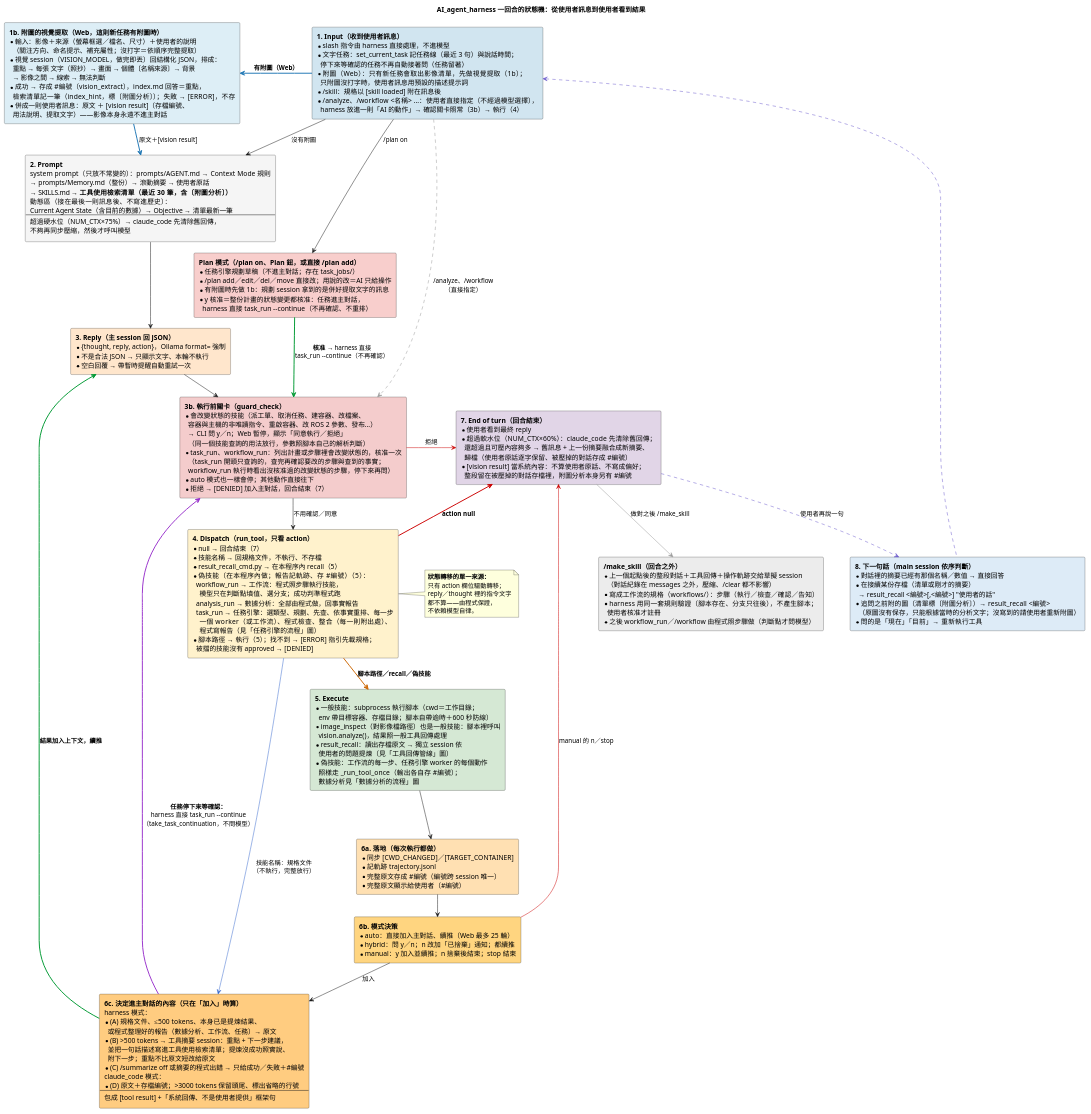
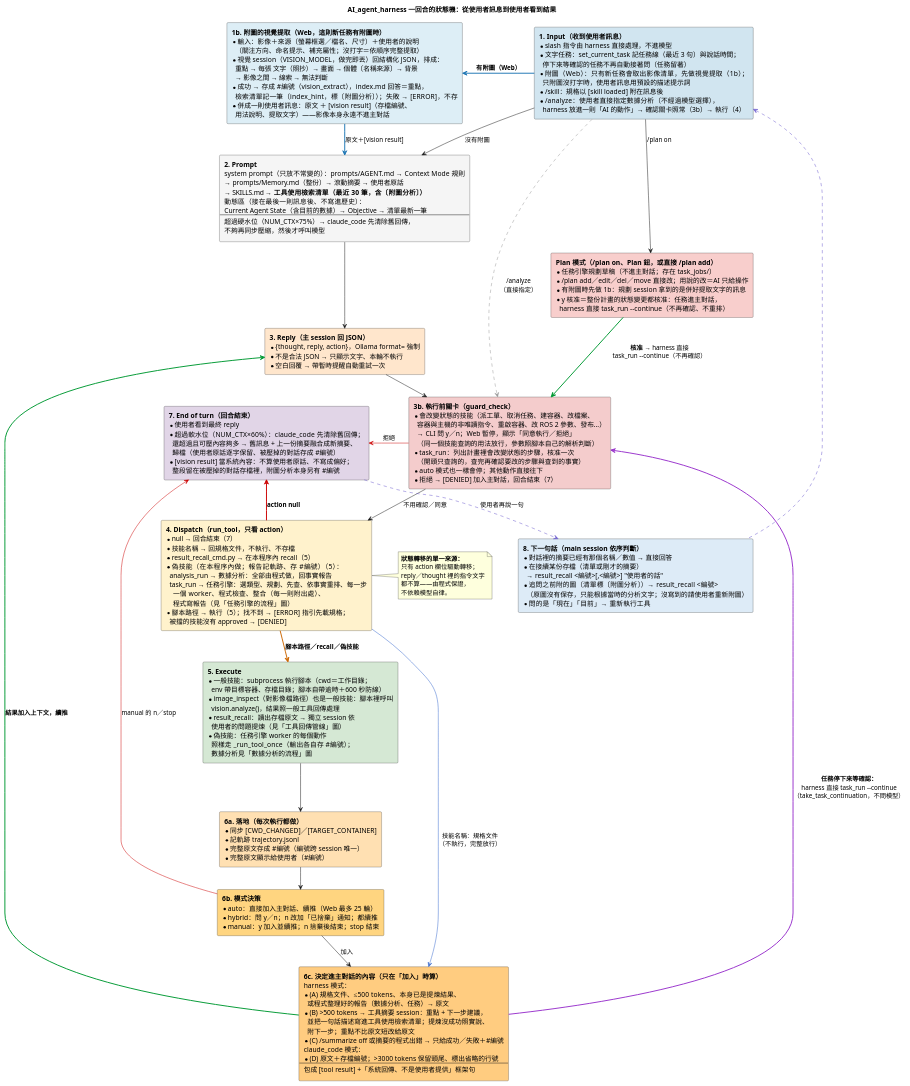
Before and after one commit to DavidZox/Coding_agnet: the diagram in doc/diagrams/AI_agent_harness的狀態轉移.puml, drawn with PlantUML. The commit also changed 82 other files, not shown here.

Commit message:
Remove obsolete workflows and related commands: - Deleted workflows for container restart verification, dispatch and confirmation, reassigning packages, and stuck package fixing. - Removed commands and UI elements related to skill drafts from the web application.

```diff
--- a/doc/diagrams/AI_agent_harness的狀態轉移.puml
+++ b/doc/diagrams/AI_agent_harness的狀態轉移.puml
@@ -1,198 +1,184 @@
 @startuml
 ' --- 樣式精準控制 ---
 skinparam RectangleWidthMax 360
 skinparam ranksep 45
 skinparam nodesep 55
 skinparam shadowing false
 skinparam defaultFontName "Microsoft JhengHei"
 
 title AI_agent_harness 一回合的狀態機：從使用者訊息到使用者看到結果
 
 rectangle State1 #D1E5F0 [
   **1. Input（收到使用者訊息）**
   * slash 指令由 harness 直接處理，不進模型
   * 文字任務：set_current_task 記任務線（最近 3 句）與說話時間；
     停下來等確認的任務不再自動接著問（任務留著）
   * 附圖（Web）：只有新任務會取出影像清單，先做視覺提取（1b）；
     只附圖沒打字時，使用者訊息用預設的描述提示詞
   * /skill：規格以 [skill loaded] 附在訊息後
-  * /analyze、/workflow <名稱> …：使用者直接指定（不經過模型選擇），
+  * /analyze：使用者直接指定數據分析（不經過模型選擇），
     harness 放進一則「AI 的動作」→ 確認關卡照常（3b）→ 執行（4）
 ]
 
 rectangle StateVision #DDEEF6 [
   **1b. 附圖的視覺提取（Web，這則新任務有附圖時）**
   * 輸入：影像＋來源（螢幕框選／檔名、尺寸）＋使用者的說明
     （關注方向、命名提示、補充屬性；沒打字＝依順序完整提取）
   * 視覺 session（VISION_MODEL，做完即丟）回結構化 JSON，排成：
     重點 → 每張 文字（照抄）→ 畫面 → 個體〔名稱來源〕→ 背景
     → 影像之間 → 線索 → 無法判斷
   * 成功 → 存成 #編號（vision_extract），index.md 回答＝重點，
     檢索清單記一筆（index_hint，標〔附圖分析〕）；失敗 → [ERROR]，不存
   * 併成一則使用者訊息：原文 ＋ [vision result]（存檔編號、
     用法說明、提取文字）——影像本身永遠不進主對話
 ]
 
 rectangle State2 #F5F5F5 [
   **2. Prompt**
   system prompt（只放不常變的）：prompts/AGENT.md → Context Mode 規則
   → prompts/Memory.md（整份）→ 滾動摘要 → 使用者原話
   → SKILLS.md → **工具使用檢索清單（最近 30 筆，含〔附圖分析〕）**
   動態區（接在最後一則訊息後、不寫進歷史）：
   Current Agent State（含目前的數據）→ Objective → 清單最新一筆
   ----
   超過硬水位（NUM_CTX×75%）→ claude_code 先清除舊回傳，
   不夠再同步壓縮，然後才呼叫模型
 ]
 
 rectangle State3 #FFE6CC [
   **3. Reply（主 session 回 JSON）**
   * {thought, reply, action}，Ollama format= 強制
   * 不是合法 JSON → 只顯示文字、本輪不執行
   * 空白回覆 → 帶暫時提醒自動重試一次
 ]
 
 rectangle StateGuard #F4CCCC [
   **3b. 執行前關卡（guard_check）**
   * 會改變狀態的技能（派工單、取消任務、建容器、改檔案、
     容器與主機的非唯讀指令、重啟容器、改 ROS 2 參數、發布…）
     → CLI 問 y／n；Web 暫停，顯示「同意執行／拒絕」
     （同一個技能查詢的用法放行，參數照腳本自己的解析判斷）
-  * task_run、workflow_run：列出計畫或步驟裡會改變狀態的，核准一次
-    （task_run 開頭只查詢的，查完再確認要改的步驟與查到的事實；
-    workflow_run 執行時看出沒核准過的改變狀態的步驟，停下來再問）
+  * task_run：列出計畫裡會改變狀態的步驟，核准一次
+    （開頭只查詢的，查完再確認要改的步驟與查到的事實）
   * auto 模式也一樣會停；其他動作直接往下
   * 拒絕 → [DENIED] 加入主對話，回合結束（7）
 ]
 
 rectangle State4 #FFF2CC [
   **4. Dispatch（run_tool，只看 action）**
   * null → 回合結束（7）
   * 技能名稱 → 回規格文件，不執行、不存檔
   * result_recall_cmd.py → 在本程序內 recall（5）
   * 偽技能（在本程序內做；報告記軌跡、存 #編號）（5）：
-    workflow_run → 工作流：程式照步驟執行技能，
-      模型只在判斷點填值、選分支；成功判準程式跑
     analysis_run → 數據分析：全部由程式做，回事實報告
     task_run → 任務引擎：選類型、規劃、先查、依事實重排、每一步
-      一個 worker（或工作流）、程式檢查、整合（每一則附出處）、
+      一個 worker、程式檢查、整合（每一則附出處）、
       程式寫報告（見「任務引擎的流程」圖）
   * 腳本路徑 → 執行（5）；找不到 → [ERROR] 指引先載規格；
     被擋的技能沒有 approved → [DENIED]
 ]
 
 rectangle State5 #D5E8D4 [
   **5. Execute**
   * 一般技能：subprocess 執行腳本（cwd＝工作目錄；
     env 帶目標容器、存檔目錄；腳本自帶逾時＋600 秒防線）
   * image_inspect（對影像檔路徑）也是一般技能：腳本裡呼叫
     vision.analyze()，結果照一般工具回傳處理
   * result_recall：讀出存檔原文 → 獨立 session 依
     使用者的問題提煉（見「工具回傳管線」圖）
-  * 偽技能：工作流的每一步、任務引擎 worker 的每個動作
+  * 偽技能：任務引擎 worker 的每個動作
     照樣走 _run_tool_once（輸出各自存 #編號）；
     數據分析見「數據分析的流程」圖
 ]
 
 rectangle State6a #FFE0B2 [
   **6a. 落地（每次執行都做）**
   * 同步 [CWD_CHANGED]／[TARGET_CONTAINER]
   * 記軌跡 trajectory.jsonl
   * 完整原文存成 #編號（編號跨 session 唯一）
   * 完整原文顯示給使用者（#編號）
 ]
 
 rectangle State6b #FFD580 [
   **6b. 模式決策**
   * auto：直接加入主對話、續推（Web 最多 25 輪）
   * hybrid：問 y／n；n 改加「已捨棄」通知；都續推
   * manual：y 加入並續推；n 捨棄後結束；stop 結束
 ]
 
 rectangle State6c #FFCC80 [
   **6c. 決定進主對話的內容（只在「加入」時算）**
   harness 模式：
   * (A) 規格文件、≤500 tokens、本身已是提煉結果、
-    或程式整理好的報告（數據分析、工作流、任務）→ 原文
+    或程式整理好的報告（數據分析、任務）→ 原文
   * (B) >500 tokens → 工具摘要 session：重點 + 下一步建議，
     並把一句話描述寫進工具使用檢索清單；提煉沒成功照實說、
     附下一步；重點不比原文短改給原文
   * (C) /summarize off 或摘要的程式出錯 → 只給成功／失敗＋#編號
   claude_code 模式：
   * (D) 原文＋存檔編號；>3000 tokens 保留頭尾、標出省略的行號
   ----
   包成 [tool result] +「系統回傳、不是使用者提供」框架句
 ]
 
 rectangle State7 #E1D5E7 [
   **7. End of turn（回合結束）**
   * 使用者看到最終 reply
   * 超過軟水位（NUM_CTX×60%）：claude_code 先清除舊回傳；
     還超過且可壓內容夠多 → 舊訊息 + 上一份摘要融合成新摘要、
     歸檔（使用者原話逐字保留、被壓掉的對話存成 #編號）
   * [vision result] 當系統內容：不算使用者原話、不寫成偏好；
     整段留在被壓掉的對話存檔裡，附圖分析本身另有 #編號
 ]
 
 rectangle State8 #DDEBF7 [
   **8. 下一句話（main session 依序判斷）**
   * 對話裡的摘要已經有那個名稱／數值 → 直接回答
   * 在接續某份存檔（清單或剛才的摘要）
     → result_recall <編號>[,<編號>] "使用者的話"
   * 追問之前附的圖（清單標〔附圖分析〕）→ result_recall <編號>
     （原圖沒有保存，只能根據當時的分析文字；沒寫到的請使用者重新附圖）
   * 問的是「現在」「目前」→ 重新執行工具
 ]
 
 rectangle StatePlan #F8CECC [
   **Plan 模式（/plan on、Plan 鈕，或直接 /plan add）**
   * 任務引擎規劃草稿（不進主對話；存在 task_jobs/）
   * /plan add／edit／del／move 直接改；用說的改＝AI 只給操作
   * 有附圖時先做 1b：規劃 session 拿到的是併好提取文字的訊息
   * y 核准＝整份計畫的狀態變更都核准：任務進主對話，
     harness 直接 task_run --continue（不再確認、不重排）
 ]
 
-rectangle StateSkill #ECECEC [
-  **/make_skill（回合之外）**
-  * 上一個起點後的整段對話＋工具回傳＋操作軌跡交給草擬 session
-    （對話紀錄在 messages 之外，壓縮、/clear 都不影響）
-  * 寫成工作流的規格（workflows/）：步驟（執行／檢查／確認／告知）
-  * harness 用同一套規則驗證（腳本存在、分支只往後），不產生腳本；
-    使用者核准才註冊
-  * 之後 workflow_run／/workflow 由程式照步驟做（判斷點才問模型）
-]
-
 ' --- 邏輯流向 ---
 State1 -down-> State2 : 沒有附圖
 State1 -[#1F77B4,bold]left-> StateVision : **有附圖（Web）**
 StateVision -[#1F77B4,bold]down-> State2 : 原文＋[vision result]
 State2 -down-> State3
 State3 -down-> StateGuard
 StateGuard -down-> State4 : 不用確認／同意
 StateGuard -[#CC0000]left-> State7 : 拒絕
 State4 -[#CC6600,bold]down-> State5 : **腳本路徑／recall／偽技能**
 State4 -[#3366CC]right-> State6c : 技能名稱：規格文件\n（不執行，完整放行）
 State5 -down-> State6a
 State6a -down-> State6b
 State6b -down-> State6c : 加入
 State6c -[#009933,bold]up-> State3 : **結果加入上下文，續推**
 State6c -[#9933CC,bold]up-> StateGuard : **任務停下來等確認：**\nharness 直接 task_run --continue\n（take_task_continuation，不問模型）
 State4 -[#CC0000,bold]left-> State7 : **action null**
 State6b -[#CC0000]left-> State7 : manual 的 n／stop
 State7 -[#6A5ACD,dashed]down-> State8 : 使用者再說一句
 State8 -[#6A5ACD,dashed]up-> State1
 State1 -down-> StatePlan : /plan on
-State1 -[#999999,dashed]right-> StateGuard : /analyze、/workflow\n（直接指定）
+State1 -[#999999,dashed]right-> StateGuard : /analyze\n（直接指定）
 StatePlan -[#009933,bold]-> StateGuard : **核准** → harness 直接\ntask_run --continue（不再確認）
-State7 -[#999999]down-> StateSkill : 做對之後 /make_skill
 
 note right of State4
   **狀態轉移的單一來源：**
   只有 action 欄位驅動轉移；
   reply／thought 裡的指令文字
   都不算——由程式保證，
   不依賴模型自律。
 end note
 
 @enduml
```
